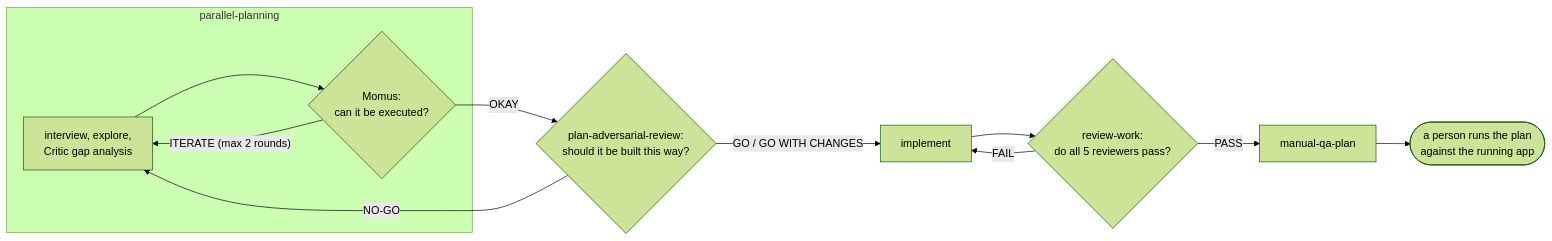
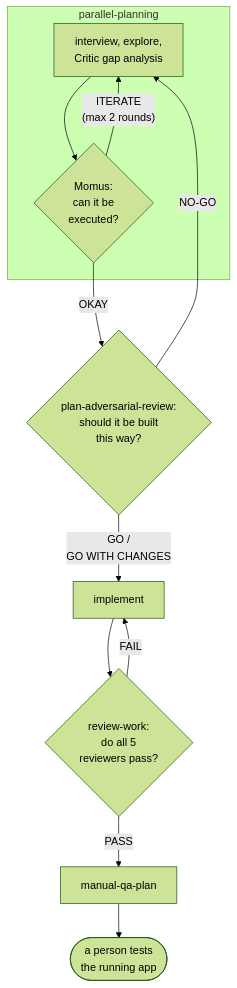
One commit to Ostico/Skills changed the diagram in README.md. Above: the diagram before and after it, drawn with Mermaid (forest theme).

Commit message:
docs: lay the pipeline diagram out vertically
Rendered, the left-to-right version was one wide row: seven nodes side
by side forced a horizontal scrollbar, shrank the text to near
illegible, and pushed the final node off-screen behind the renderer's
own zoom controls. The three diamonds were the main cost - mermaid pads
decision shapes heavily, so each gate was far wider than its text.

Top-down instead, so width is set by the single widest node rather than
by the sum of all of them, and the long labels are broken across lines
to keep that node narrow.

Kept as one diagram. Splitting it into per-phase blocks was the other
option, but the backward edges are the reason this diagram exists and
two of the three cross phase boundaries - NO-GO returns from the second
gate to planning in the first. Separate blocks cannot draw them.

````diff
--- a/README.md
+++ b/README.md
@@ -33,17 +33,17 @@
 ```mermaid
-flowchart LR
+flowchart TD
     subgraph PP["parallel-planning"]
         PLAN["interview, explore,<br/>Critic gap analysis"]
-        MOMUS{"Momus:<br/>can it be executed?"}
+        MOMUS{"Momus:<br/>can it be<br/>executed?"}
         PLAN --> MOMUS
-        MOMUS -->|"ITERATE (max 2 rounds)"| PLAN
+        MOMUS -->|"ITERATE<br/>(max 2 rounds)"| PLAN
     end
 
-    MOMUS -->|OKAY| PAR{"plan-adversarial-review:<br/>should it be built this way?"}
-    PAR -->|"NO-GO"| PLAN
-    PAR -->|"GO / GO WITH CHANGES"| IMPL["implement"]
-    IMPL --> RW{"review-work:<br/>do all 5 reviewers pass?"}
-    RW -->|"FAIL"| IMPL
-    RW -->|"PASS"| QA["manual-qa-plan"]
-    QA --> TESTER(["a person runs the plan<br/>against the running app"])
+    MOMUS -->|OKAY| PAR{"plan-adversarial-review:<br/>should it be built<br/>this way?"}
+    PAR -->|NO-GO| PLAN
+    PAR -->|"GO /<br/>GO WITH CHANGES"| IMPL["implement"]
+    IMPL --> RW{"review-work:<br/>do all 5<br/>reviewers pass?"}
+    RW -->|FAIL| IMPL
+    RW -->|PASS| QA["manual-qa-plan"]
+    QA --> TESTER(["a person tests<br/>the running app"])
 ```
````
